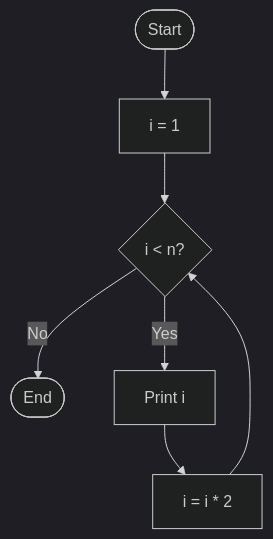
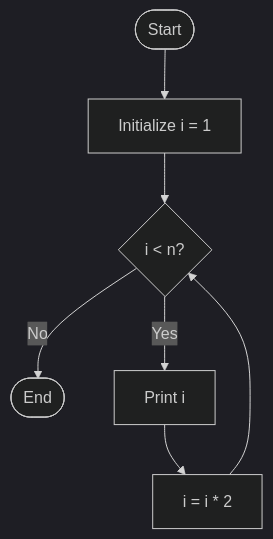
One commit to accio-hyd/JS2-test-questions changed the third of 11 diagrams in README.md. Above: the diagram before and after it, drawn with Mermaid (dark theme). The commit also changed other lines of this file, not shown here.

````diff
--- a/README.md
+++ b/README.md
@@ -274,9 +276,9 @@
 ```mermaid
 flowchart TD
-    A([Start]) --> B[i = 1]
-    B --> C{i < n?}
-    C -- No --> F([End])
-    C -- Yes --> D[Print i]
-    D --> E[i = i * 2]
+    A([Start]) --> B["Initialize i = 1"]
+    B --> C{"i < n?"}
+    C -->|No| F([End])
+    C -->|Yes| D["Print i"]
+    D --> E["i = i * 2"]
     E --> C
 ```
````
